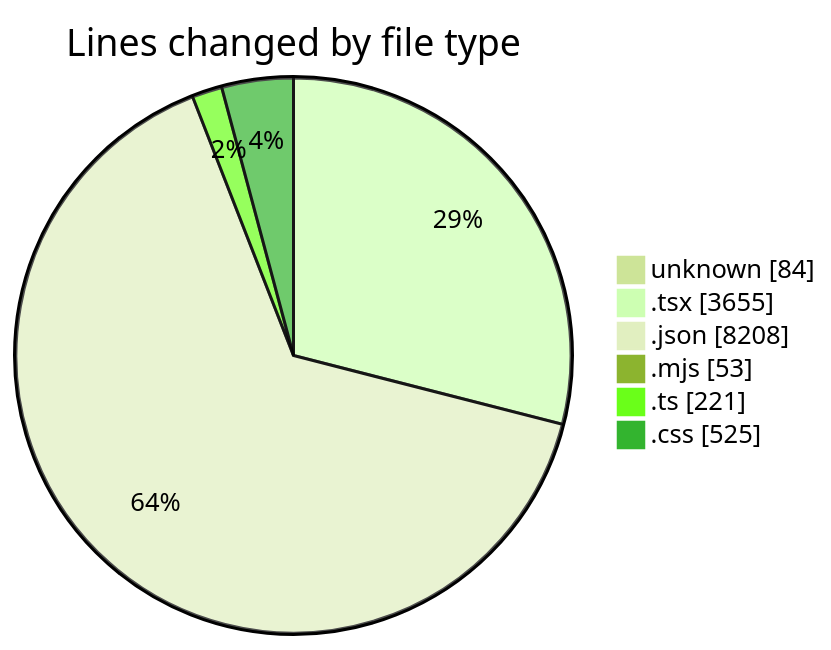
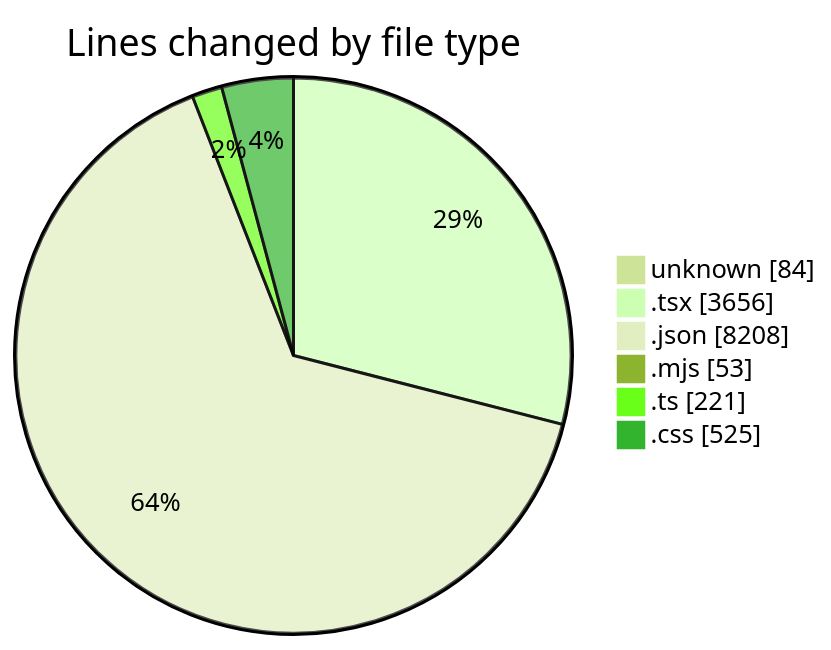
Before and after one commit to Elitesun/code-tracking: the first of 2 diagrams in 2025-05-15/niten/README.md, drawn with Mermaid (forest theme). The commit also changed other lines of this file and 2 other files, not shown here.

````diff
--- a/2025-05-15/niten/README.md
+++ b/2025-05-15/niten/README.md
@@ -44,10 +44,10 @@
 ```mermaid
 pie showData
 title Lines changed by file type
 "unknown" : 84
-".tsx" : 3655
+".tsx" : 3656
 ".json" : 8208
 ".mjs" : 53
 ".ts" : 221
 ".css" : 525
 ```
````
